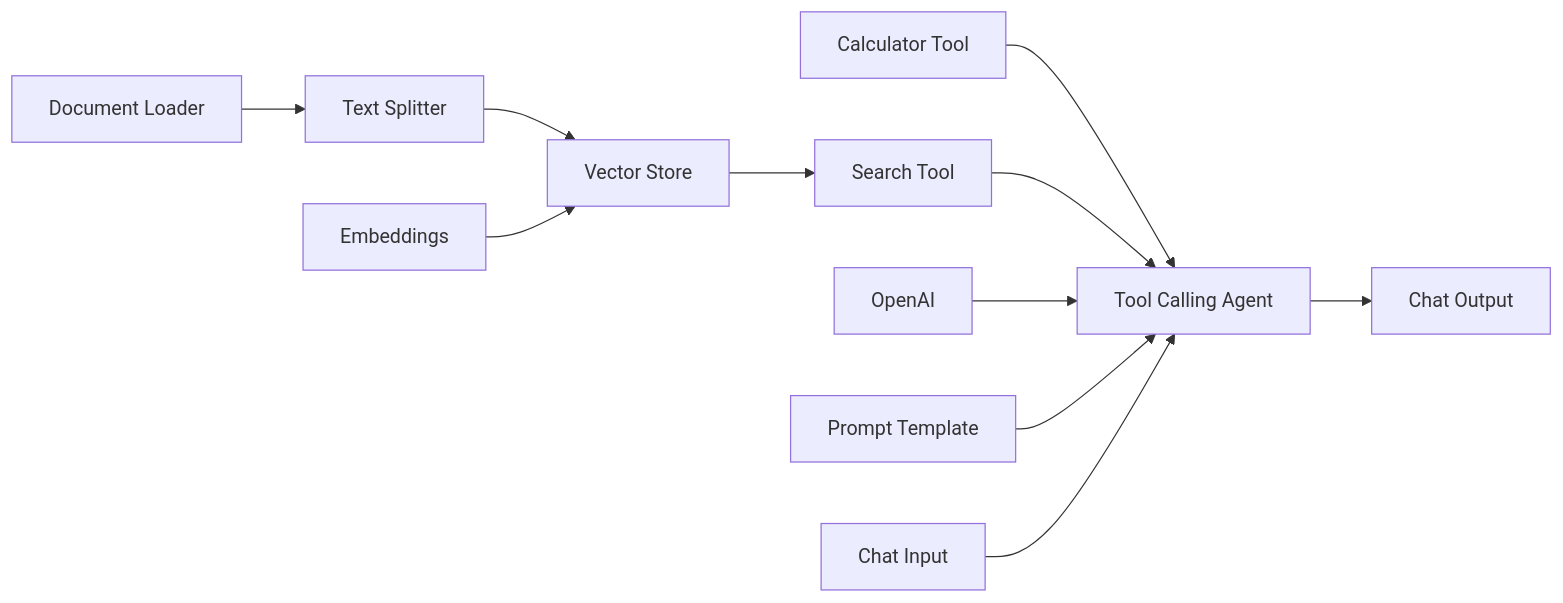
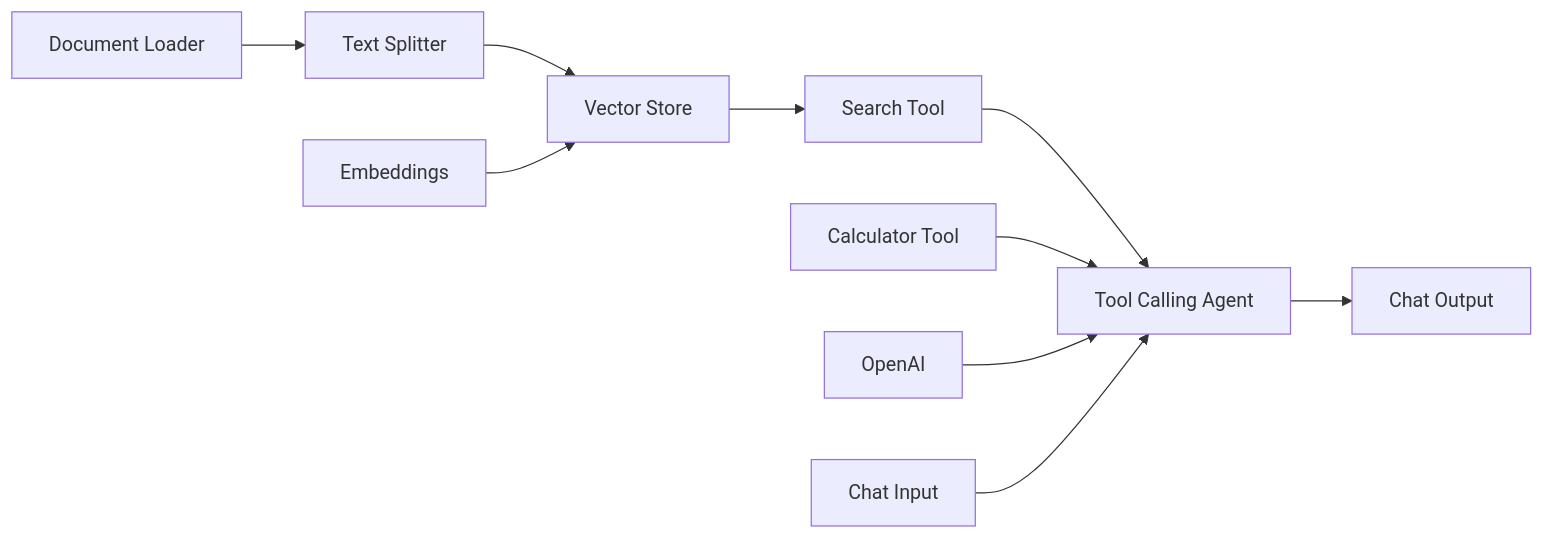
One commit to amornpan/langflow-ai changed the tenth of 18 diagrams in hand-on_2-3/README_TH.md. Above: the diagram before and after it, drawn with Mermaid. The commit also changed other lines of this file and 3 other files, not shown here.

````diff
--- a/hand-on_2-3/README_TH.md
+++ b/hand-on_2-3/README_TH.md
@@ -245,16 +235,12 @@
 ```mermaid
 flowchart LR
     A[Document Loader] --> B[Text Splitter]
     B --> C[Vector Store]
     D[Embeddings] --> C
-    
     C --> E[Search Tool]
-    F[Calculator Tool] --> G[Tool Calling Agent]
-    E --> G
-    
-    H[OpenAI] --> G
-    I[Prompt Template] --> G
-    
-    J[Chat Input] --> G
-    G --> K[Chat Output]
+    E --> F[Tool Calling Agent]
+    G[Calculator Tool] --> F
+    H[OpenAI] --> F
+    I[Chat Input] --> F
+    F --> J[Chat Output]
 ```
````
